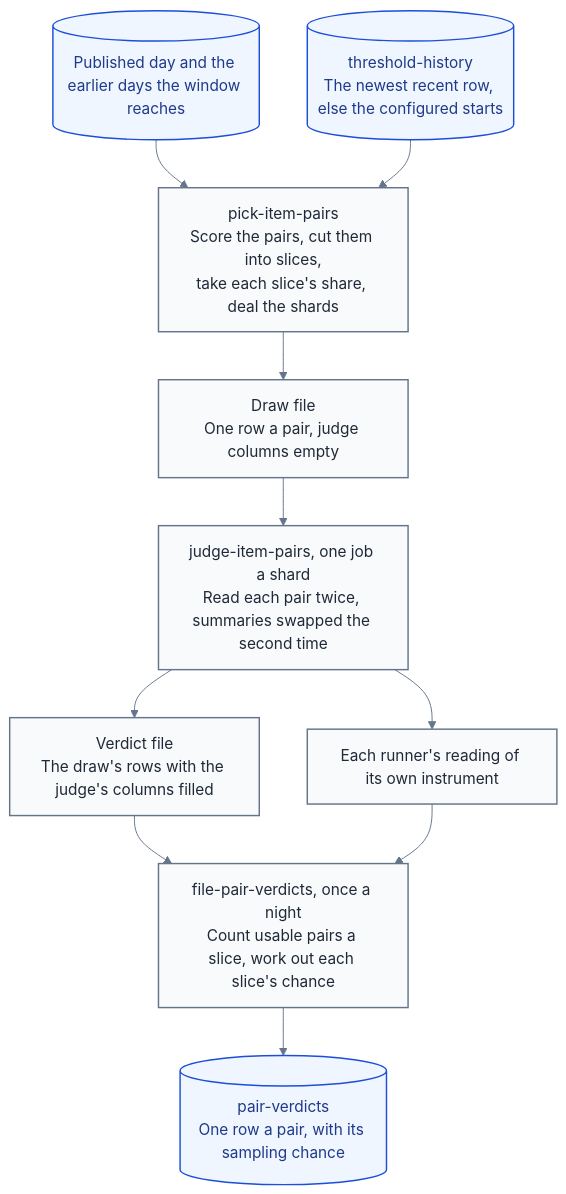
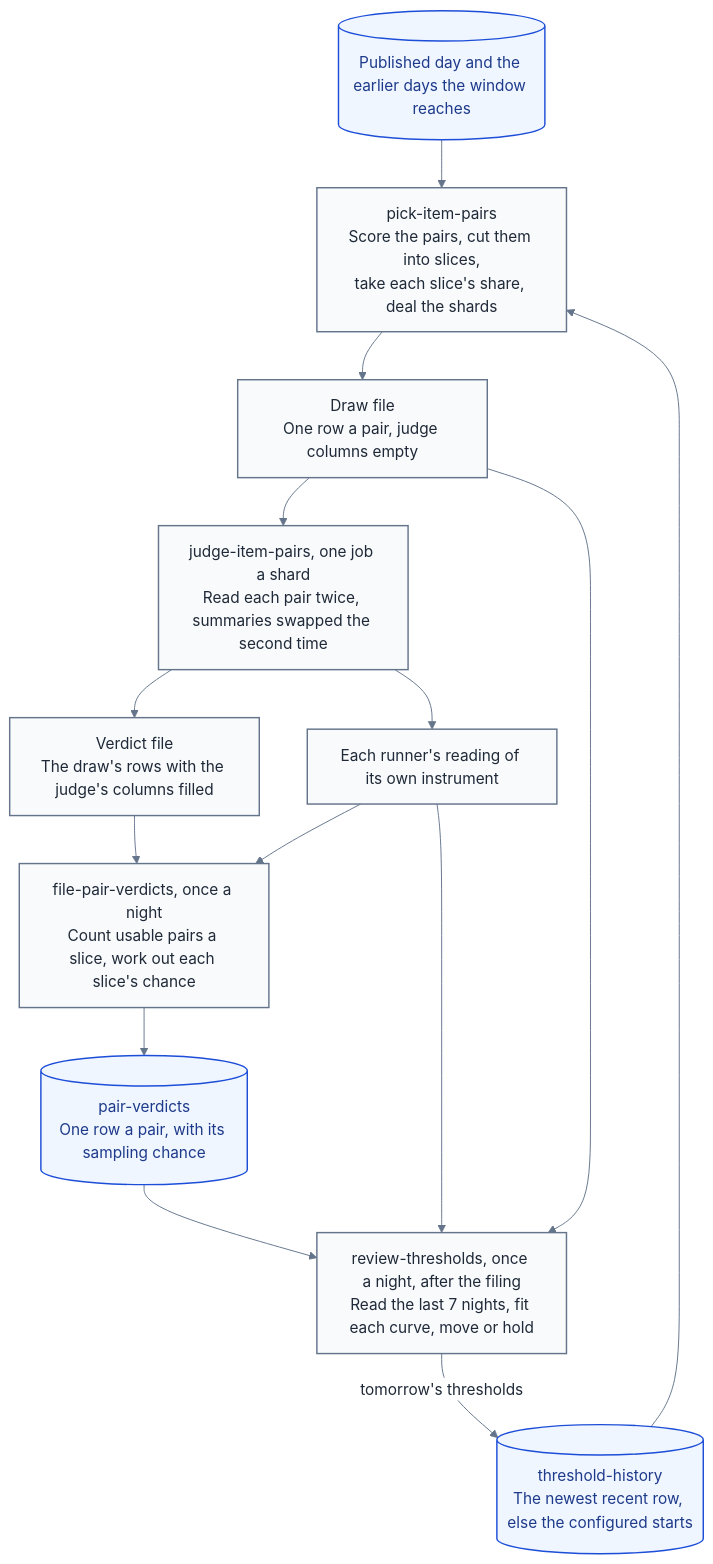
Before and after one commit to miztiik/yen-idhazh: the diagram in docs/architecture/publishing/how-the-content-similarity-judge-follows-its-thresholds.md, drawn with Mermaid. The commit also changed other lines of this file and 37 other files, not shown here.

First line of the commit message:
Find and move both thresholds from the last seven nights (#2115)

````diff
--- a/docs/architecture/publishing/how-the-content-similarity-judge-follows-its-thresholds.md
+++ b/docs/architecture/publishing/how-the-content-similarity-judge-follows-its-thresholds.md
@@ -37,18 +57,22 @@
 ```mermaid
 %%{init: {"theme": "base", "themeVariables": {"fontFamily": "sans-serif", "primaryColor": "#f8fafc", "primaryTextColor": "#1f2937", "primaryBorderColor": "#64748b", "lineColor": "#64748b", "textColor": "#1f2937", "clusterBkg": "#f8fafc", "clusterBorder": "#94a3b8", "edgeLabelBackground": "#ffffff"}}}%%
 flowchart TD
   DAY[("Published day and the earlier days the window reaches")] --> PICK["pick-item-pairs<br/>Score the pairs, cut them into slices,<br/>take each slice's share, deal the shards"]
   HIST[("threshold-history<br/>The newest recent row, else the configured starts")] --> PICK
   PICK --> DRAW["Draw file<br/>One row a pair, judge columns empty"]
   DRAW --> JUDGE["judge-item-pairs, one job a shard<br/>Read each pair twice, summaries swapped the second time"]
   JUDGE --> VERDICTS["Verdict file<br/>The draw's rows with the judge's columns filled"]
   VERDICTS --> FILE["file-pair-verdicts, once a night<br/>Count usable pairs a slice, work out each slice's chance"]
   FILE --> LEDGER[("pair-verdicts<br/>One row a pair, with its sampling chance")]
   JUDGE --> READING["Each runner's reading of its own instrument"]
   READING --> FILE
+  LEDGER --> REVIEW["review-thresholds, once a night, after the filing<br/>Read the last 7 nights, fit each curve, move or hold"]
+  DRAW --> REVIEW
+  READING --> REVIEW
+  REVIEW -->|"tomorrow's thresholds"| HIST
 
   classDef stage fill:#f8fafc,stroke:#64748b,stroke-width:1.5px,color:#1f2937;
   classDef ledger fill:#eff6ff,stroke:#1d4ed8,stroke-width:1.5px,color:#1e3a8a;
-  class PICK,JUDGE,FILE,DRAW,VERDICTS,READING stage;
+  class PICK,JUDGE,FILE,REVIEW,DRAW,VERDICTS,READING stage;
   class DAY,HIST,LEDGER ledger;
 ```
````
